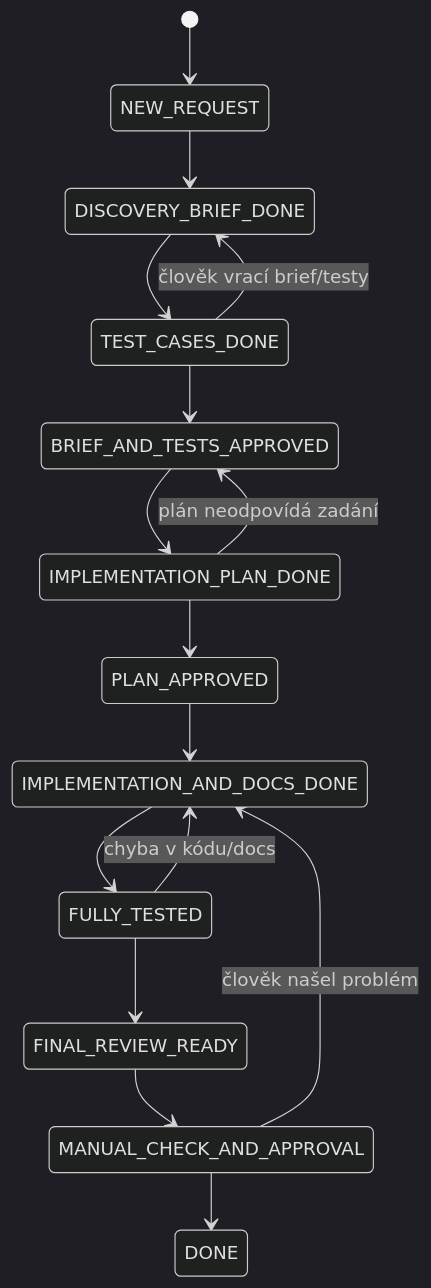
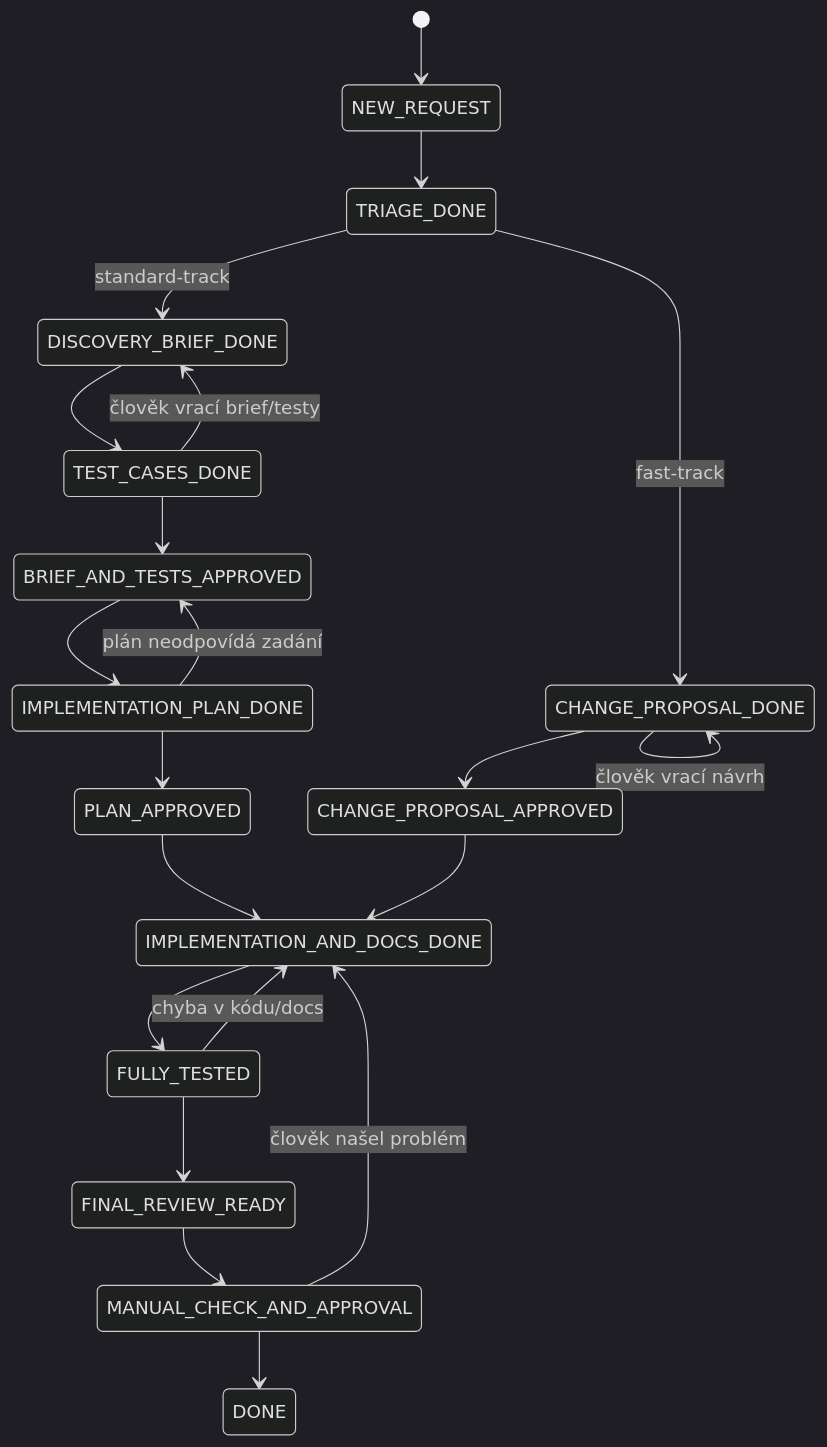
One commit to maylow22/ai-driven-changes changed the third of 3 diagrams in README.md. Above: the diagram before and after it, drawn with Mermaid (dark theme). The commit also changed other lines of this file, not shown here.

Commit message:
Add Triage phase (fast-track/standard-track) to change workflow

````diff
--- a/README.md
+++ b/README.md
@@ -562,18 +640,23 @@
 ```mermaid
 stateDiagram-v2
     [*] --> NEW_REQUEST
-    NEW_REQUEST --> DISCOVERY_BRIEF_DONE
+    NEW_REQUEST --> TRIAGE_DONE
+    TRIAGE_DONE --> DISCOVERY_BRIEF_DONE: standard-track
+    TRIAGE_DONE --> CHANGE_PROPOSAL_DONE: fast-track
     DISCOVERY_BRIEF_DONE --> TEST_CASES_DONE
     TEST_CASES_DONE --> BRIEF_AND_TESTS_APPROVED
     TEST_CASES_DONE --> DISCOVERY_BRIEF_DONE: člověk vrací brief/testy
     BRIEF_AND_TESTS_APPROVED --> IMPLEMENTATION_PLAN_DONE
     IMPLEMENTATION_PLAN_DONE --> PLAN_APPROVED
     IMPLEMENTATION_PLAN_DONE --> BRIEF_AND_TESTS_APPROVED: plán neodpovídá zadání
+    CHANGE_PROPOSAL_DONE --> CHANGE_PROPOSAL_APPROVED
+    CHANGE_PROPOSAL_DONE --> CHANGE_PROPOSAL_DONE: člověk vrací návrh
+    CHANGE_PROPOSAL_APPROVED --> IMPLEMENTATION_AND_DOCS_DONE
     PLAN_APPROVED --> IMPLEMENTATION_AND_DOCS_DONE
     IMPLEMENTATION_AND_DOCS_DONE --> FULLY_TESTED
     FULLY_TESTED --> IMPLEMENTATION_AND_DOCS_DONE: chyba v kódu/docs
     FULLY_TESTED --> FINAL_REVIEW_READY
     FINAL_REVIEW_READY --> MANUAL_CHECK_AND_APPROVAL
     MANUAL_CHECK_AND_APPROVAL --> IMPLEMENTATION_AND_DOCS_DONE: člověk našel problém
     MANUAL_CHECK_AND_APPROVAL --> DONE
 ```
````
